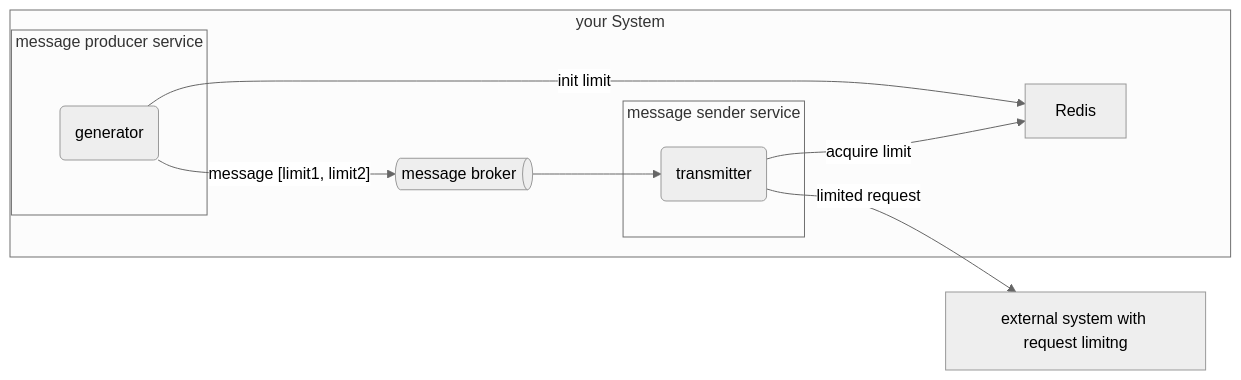
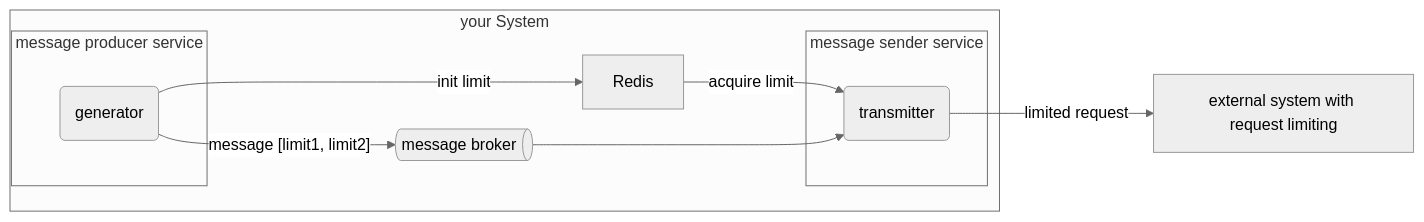
The diagram in README.md (RND-SOFT/Rapidity), drawn with Mermaid (neutral theme) before and after one commit. The commit also changed other lines of this file and 4 other files, not shown here.

````diff
--- a/README.md
+++ b/README.md
@@ -85,19 +85,19 @@
 ```mermaid
 flowchart LR
     subgraph System["your System"]
     subgraph Producer["message producer service"]
     g(generator)
     end
     B[Redis]
-    A@{ shape: das, label: "message broker" }
+    A@{ shape: h-cyl, label: "message broker" }
     subgraph Sender["message sender service"]
     t(transmitter)
     end
     end
-    E["external system with request limitng"]
-    g--init limit-->B
-    t--acquire limit-->B
-    g--message [limit1, limit2]-->A
-    A-->t
-    t--limited request-->E
+    E["external system with request limiting"]
+    g-- init limit -->B
+    B-- acquire limit -->t
+    g-- message [limit1, limit2] -->A
+    A--->t
+    t-- limited request -->E
 ```
````
